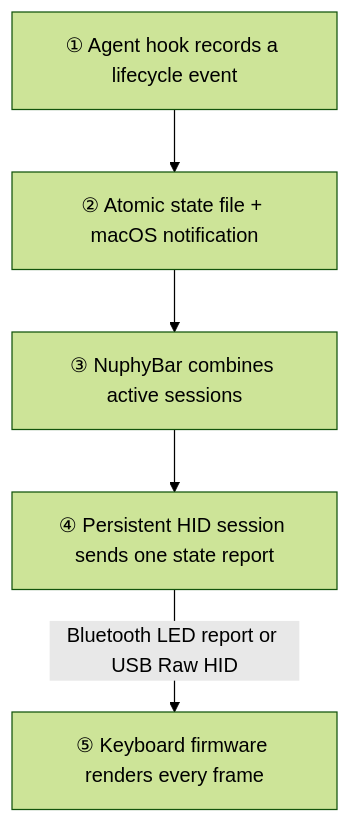
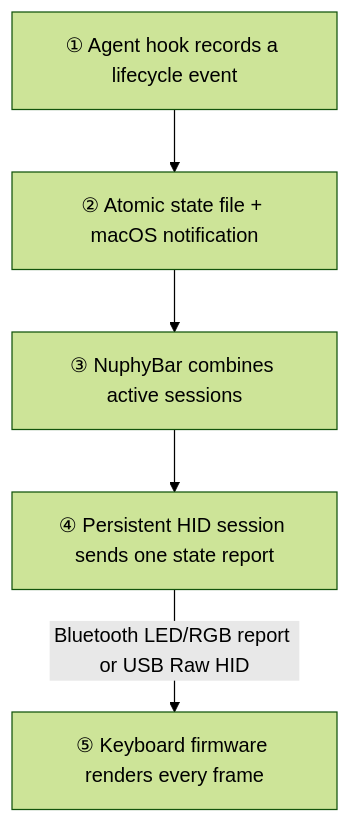
One commit to SunMinqiu/NuphyBar changed the first of 2 diagrams in README.md. Above: the diagram before and after it, drawn with Mermaid (forest theme). The commit also changed other lines of this file and 11 other files, not shown here.

Commit message:
feat: add AULA F99 Pro Bluetooth RGB status

````diff
--- a/README.md
+++ b/README.md
@@ -79,10 +84,10 @@
 ```mermaid
 flowchart TB
     A["① Agent hook records a lifecycle event"]
     B["② Atomic state file + macOS notification"]
     C["③ NuphyBar combines active sessions"]
     D["④ Persistent HID session sends one state report"]
     E["⑤ Keyboard firmware renders every frame"]
     A --> B --> C --> D
-    D -->|Bluetooth LED report or USB Raw HID| E
+    D -->|Bluetooth LED/RGB report or USB Raw HID| E
 ```
````
